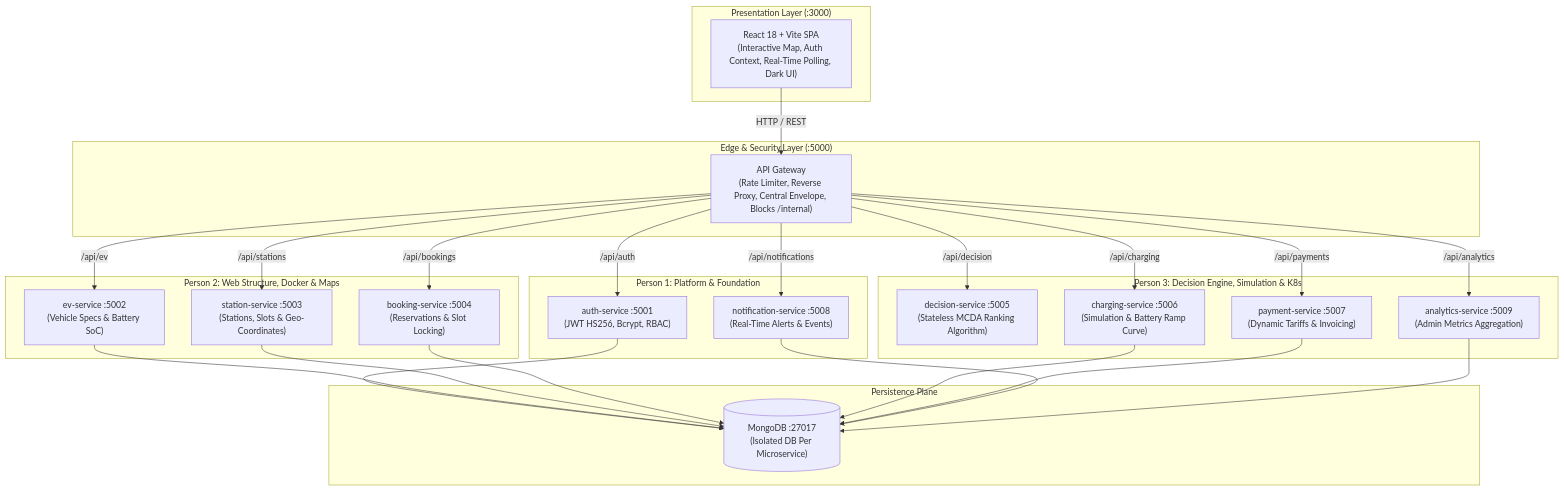
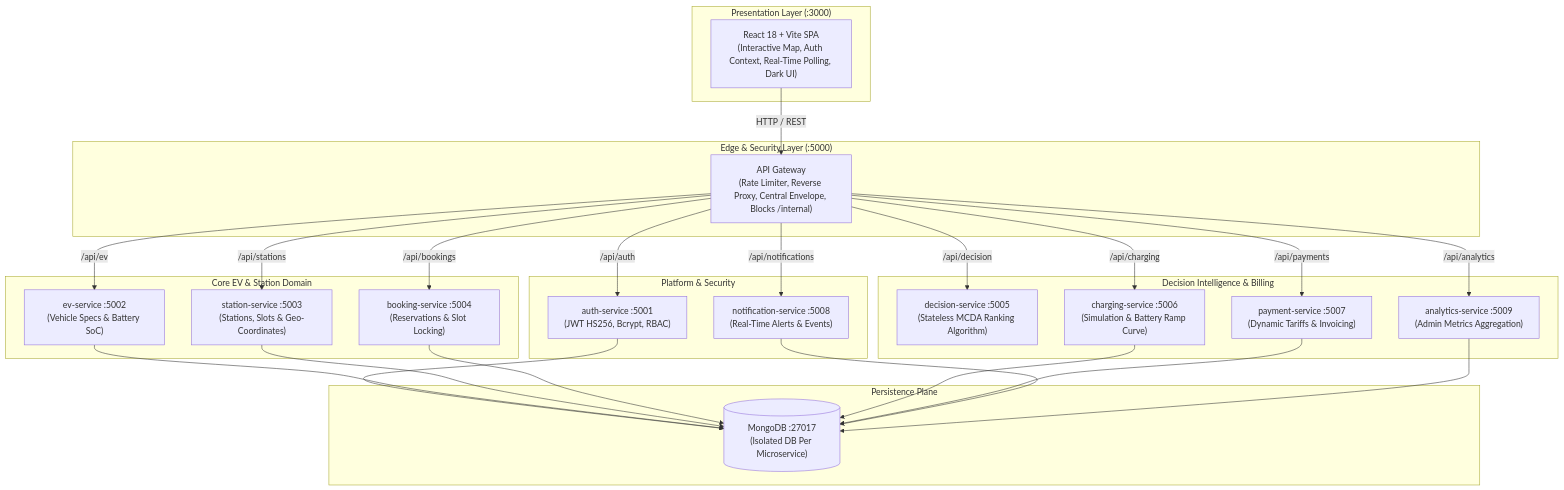
One commit to classaxar/Autonomous-EV-Charging-System changed the diagram in README.md. Above: the diagram before and after it, drawn with Mermaid. The commit also changed other lines of this file and 2 other files, not shown here.

````diff
--- a/README.md
+++ b/README.md
@@ -42,45 +31,45 @@
 ```mermaid
 flowchart TB
     subgraph Clients["Presentation Layer (:3000)"]
         UI["React 18 + Vite SPA\n(Interactive Map, Auth Context, Real-Time Polling, Dark UI)"]
     end
 
     subgraph Edge["Edge & Security Layer (:5000)"]
         GW["API Gateway\n(Rate Limiter, Reverse Proxy, Central Envelope, Blocks /internal)"]
     end
 
-    subgraph Platform["Person 1: Platform & Foundation"]
+    subgraph Platform["Platform & Security"]
         AUTH["auth-service :5001\n(JWT HS256, Bcrypt, RBAC)"]
         NOTIF["notification-service :5008\n(Real-Time Alerts & Events)"]
     end
 
-    subgraph CoreDomain["Person 2: Web Structure, Docker & Maps"]
+    subgraph CoreDomain["Core EV & Station Domain"]
         EV["ev-service :5002\n(Vehicle Specs & Battery SoC)"]
         STATION["station-service :5003\n(Stations, Slots & Geo-Coordinates)"]
         BOOKING["booking-service :5004\n(Reservations & Slot Locking)"]
     end
 
-    subgraph Intelligence["Person 3: Decision Engine, Simulation & K8s"]
+    subgraph Intelligence["Decision Intelligence & Billing"]
         DECISION["decision-service :5005\n(Stateless MCDA Ranking Algorithm)"]
         CHARGING["charging-service :5006\n(Simulation & Battery Ramp Curve)"]
         PAYMENT["payment-service :5007\n(Dynamic Tariffs & Invoicing)"]
         ANALYTICS["analytics-service :5009\n(Admin Metrics Aggregation)"]
     end
 
     subgraph Storage["Persistence Plane"]
         DB[("MongoDB :27017\n(Isolated DB Per Microservice)")]
     end
 
     UI -->|HTTP / REST| GW
     GW -->|/api/auth| AUTH
     GW -->|/api/ev| EV
     GW -->|/api/stations| STATION
     GW -->|/api/bookings| BOOKING
     GW -->|/api/decision| DECISION
     GW -->|/api/charging| CHARGING
     GW -->|/api/payments| PAYMENT
     GW -->|/api/notifications| NOTIF
     GW -->|/api/analytics| ANALYTICS
 
     AUTH & EV & STATION & BOOKING & CHARGING & PAYMENT & NOTIF & ANALYTICS --> DB
 ```
````
